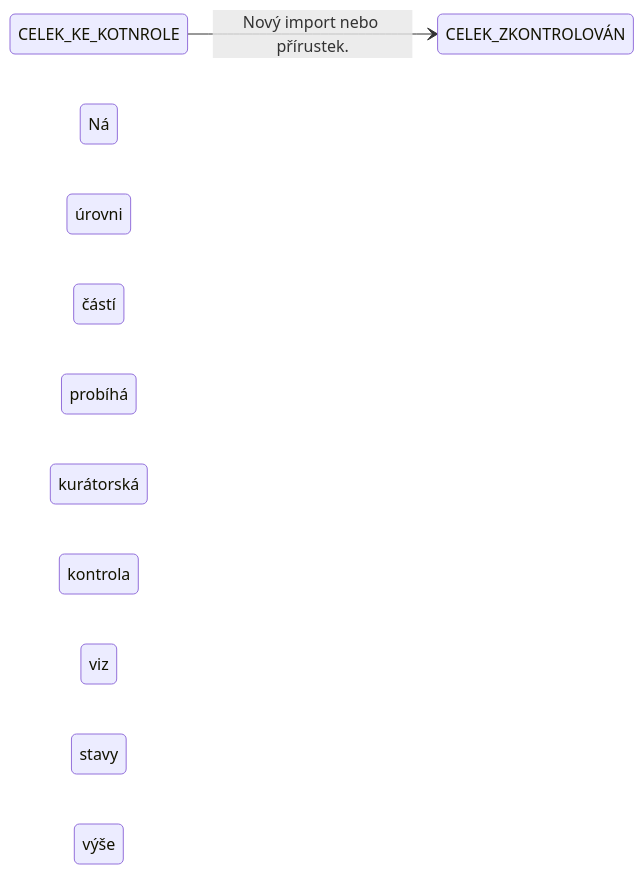
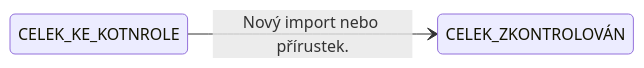
The fourth of 4 diagrams in kuratorska-aplikace/README.md (ceskaexpedice/kapp), drawn with Mermaid before and after one commit.

````diff
--- a/kuratorska-aplikace/README.md
+++ b/kuratorska-aplikace/README.md
@@ -107,12 +107,11 @@
 ```mermaid
 stateDiagram-v2
     direction LR
 
     state CELEK_KE_KOTNROLE <<start>>
     state CELEK_ZKONTROLOVÁN <<start>>
 
 
-    %% Přírustky případně nové importy
+    %% Přírustky případně nové importy / Ná úrovni částí probíhá kurátorská kontrola viz stavy výše
     CELEK_KE_KOTNROLE --> CELEK_ZKONTROLOVÁN : Nový import nebo přírustek. 
-    Ná úrovni částí probíhá kurátorská kontrola viz stavy výše
 ```
````
